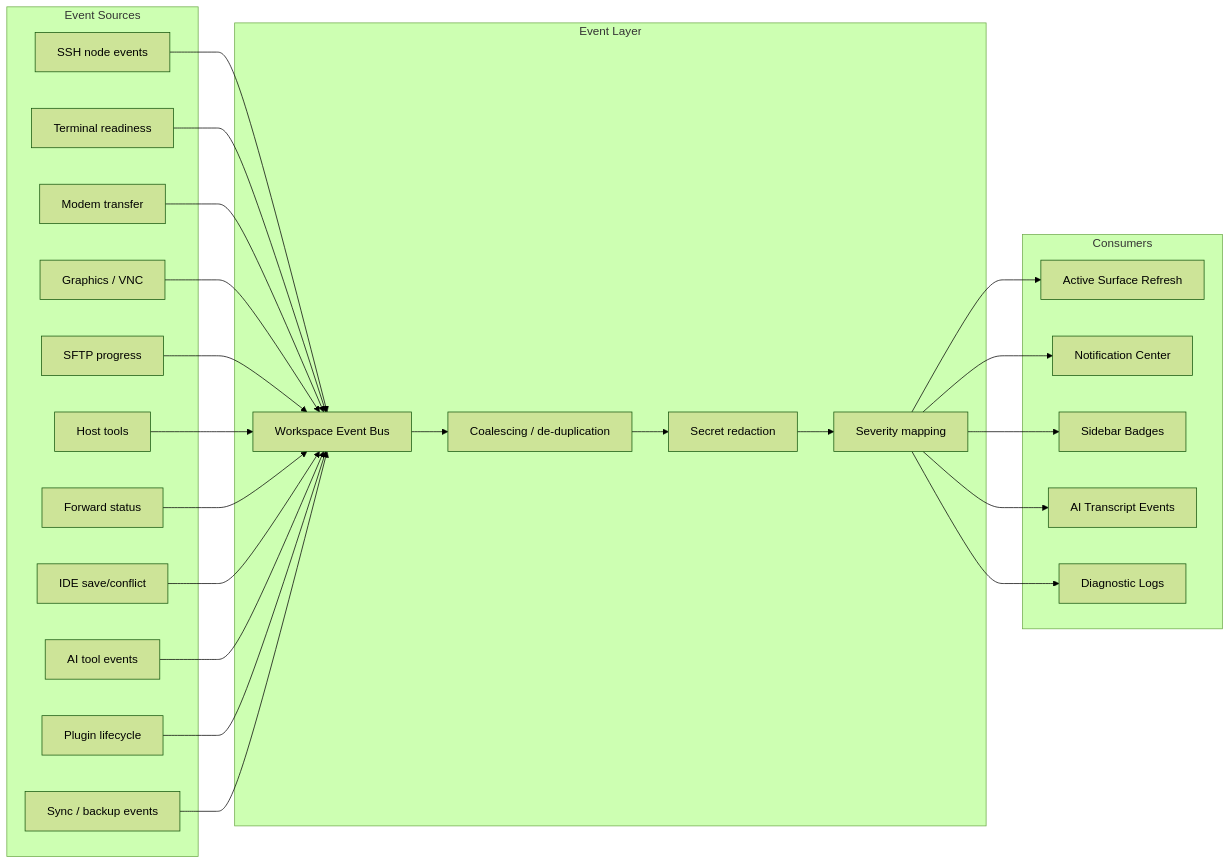
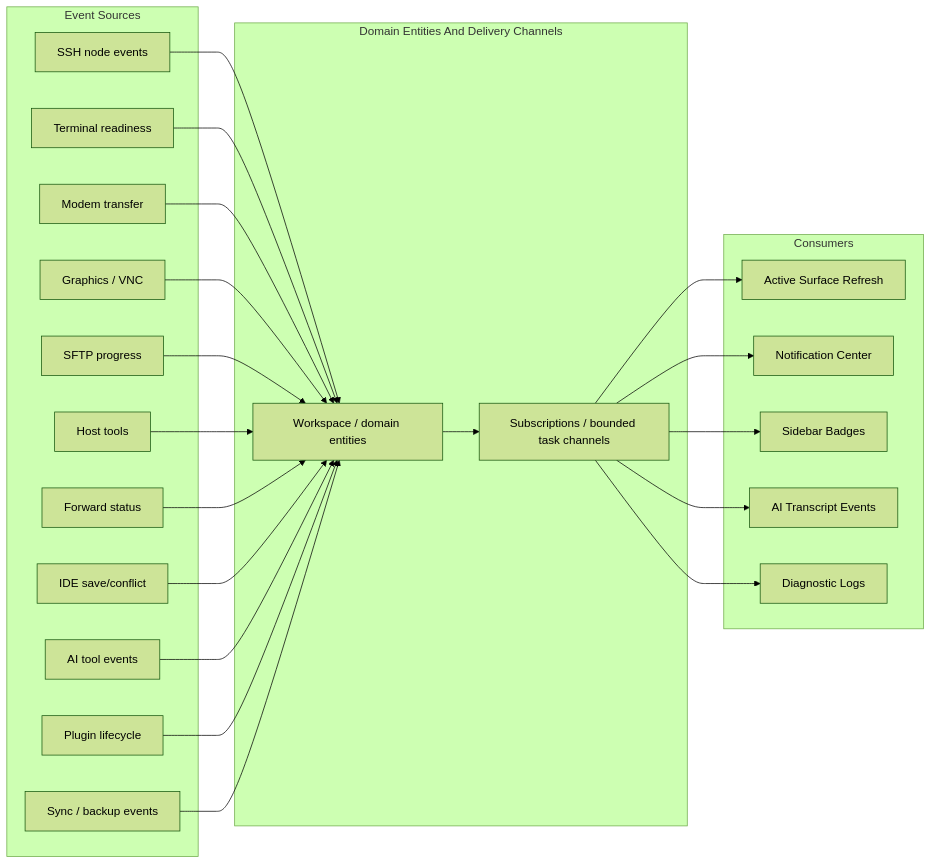
Diagram 15 of 15 in docs/user-guide/en/architecture.md (AnalyseDeCircuit/oxideterm), drawn with Mermaid (forest theme) before and after one commit. The commit also changed other lines of this file and 29 other files, not shown here.

First line of the commit message:
docs: sync feature and architecture docs across locales

````diff
--- a/docs/user-guide/en/architecture.md
+++ b/docs/user-guide/en/architecture.md
@@ -1638,49 +1698,47 @@
 ```mermaid
 flowchart LR
     subgraph Sources["Event Sources"]
         SSH["SSH node events"]
         Term["Terminal readiness"]
         Modem["Modem transfer"]
         Graphics["Graphics / VNC"]
         SFTP["SFTP progress"]
         HostTools["Host tools"]
         Forward["Forward status"]
         IDE["IDE save/conflict"]
         AI["AI tool events"]
         Plugin["Plugin lifecycle"]
         Sync["Sync / backup events"]
     end
 
-    subgraph EventLayer["Event Layer"]
-        Bus["Workspace Event Bus"]
-        Coalesce["Coalescing / de-duplication"]
-        Redact["Secret redaction"]
-        Severity["Severity mapping"]
+    subgraph EntityLayer["Domain Entities And Delivery Channels"]
+        RuntimeEntities["Workspace / domain entities"]
+        Delivery["Subscriptions / bounded task channels"]
     end
 
     subgraph Consumers["Consumers"]
         ActiveSurface["Active Surface Refresh"]
         Notifications["Notification Center"]
         Badges["Sidebar Badges"]
         Transcript["AI Transcript Events"]
         Logs["Diagnostic Logs"]
     end
 
-    SSH --> Bus
-    Term --> Bus
-    Modem --> Bus
-    Graphics --> Bus
-    SFTP --> Bus
-    HostTools --> Bus
-    Forward --> Bus
-    IDE --> Bus
-    AI --> Bus
-    Plugin --> Bus
-    Sync --> Bus
-    Bus --> Coalesce --> Redact --> Severity
-    Severity --> ActiveSurface
-    Severity --> Notifications
-    Severity --> Badges
-    Severity --> Transcript
-    Severity --> Logs
+    SSH --> RuntimeEntities
+    Term --> RuntimeEntities
+    Modem --> RuntimeEntities
+    Graphics --> RuntimeEntities
+    SFTP --> RuntimeEntities
+    HostTools --> RuntimeEntities
+    Forward --> RuntimeEntities
+    IDE --> RuntimeEntities
+    AI --> RuntimeEntities
+    Plugin --> RuntimeEntities
+    Sync --> RuntimeEntities
+    RuntimeEntities --> Delivery
+    Delivery --> ActiveSurface
+    Delivery --> Notifications
+    Delivery --> Badges
+    Delivery --> Transcript
+    Delivery --> Logs
 ```
````
